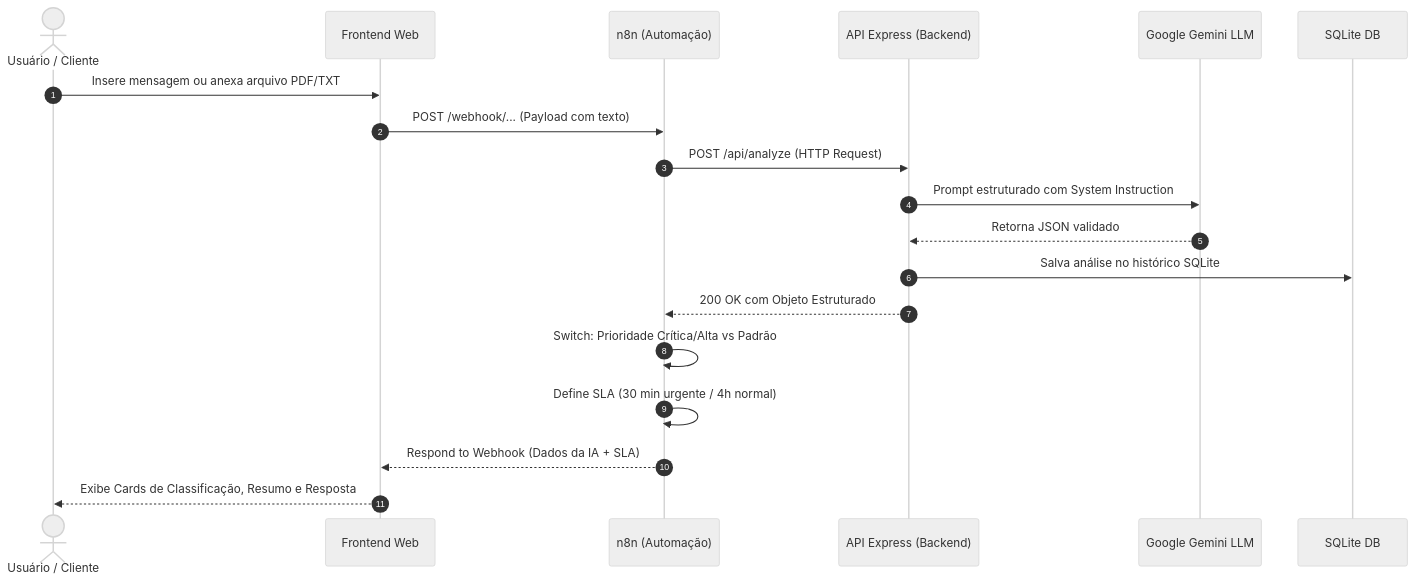
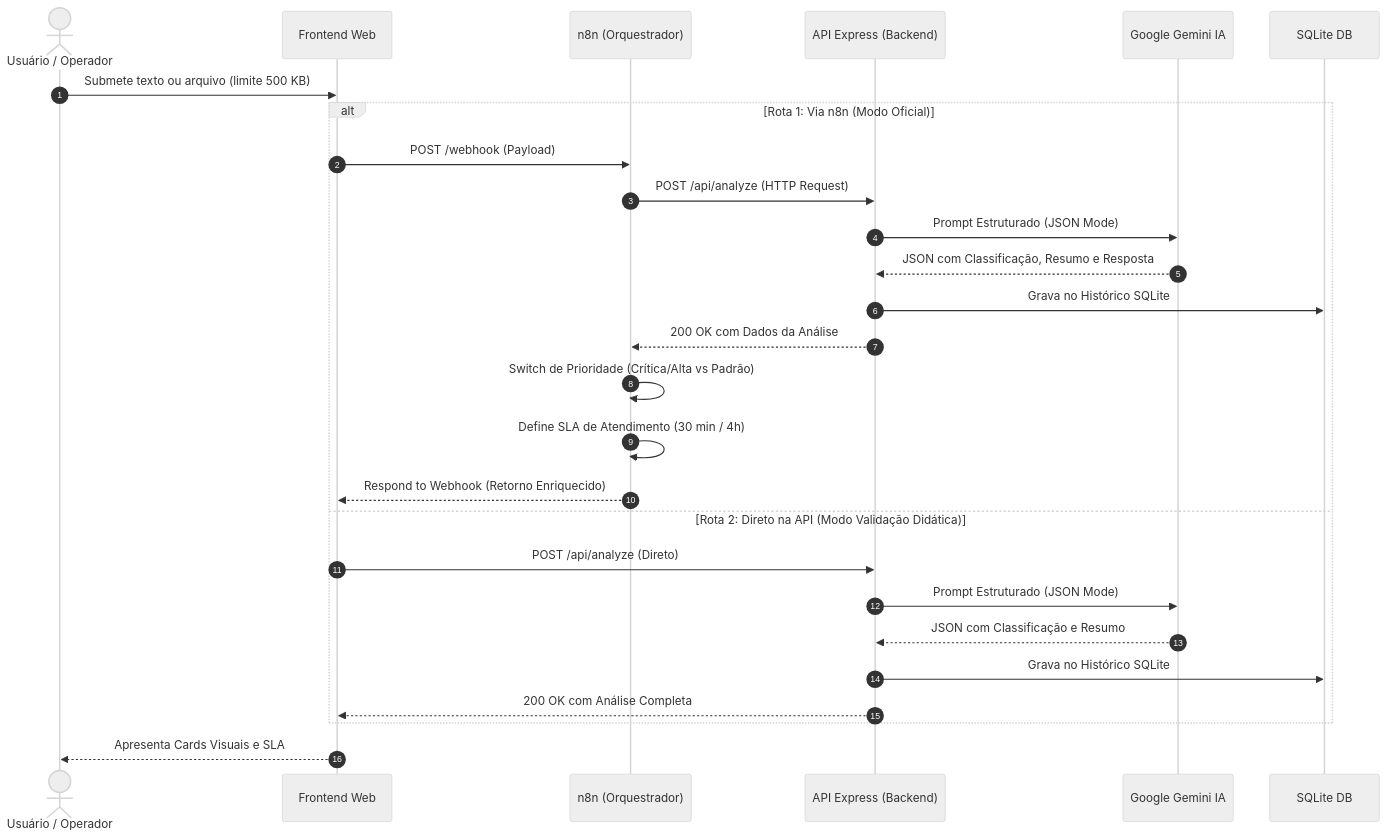
One commit to Davisvasconcellos/kodie-desafio1 changed the diagram in README.md. Above: the diagram before and after it, drawn with Mermaid (neutral theme). The commit also changed other lines of this file and 21 other files, not shown here.

````diff
--- a/README.md
+++ b/README.md
@@ -79,22 +86,30 @@
 ```mermaid
 sequenceDiagram
     autonumber
-    actor Cliente as Usuário / Cliente
+    actor Operador as Usuário / Operador
     participant Front as Frontend Web
-    participant N8N as n8n (Automação)
+    participant N8N as n8n (Orquestrador)
     participant API as API Express (Backend)
-    participant Gemini as Google Gemini LLM
+    participant Gemini as Google Gemini IA
     participant DB as SQLite DB
 
-    Cliente->>Front: Insere mensagem ou anexa arquivo PDF/TXT
-    Front->>N8N: POST /webhook/... (Payload com texto)
-    N8N->>API: POST /api/analyze (HTTP Request)
-    API->>Gemini: Prompt estruturado com System Instruction
-    Gemini-->>API: Retorna JSON validado
-    API->>DB: Salva análise no histórico SQLite
-    API-->>N8N: 200 OK com Objeto Estruturado
-    N8N->>N8N: Switch: Prioridade Crítica/Alta vs Padrão
-    N8N->>N8N: Define SLA (30 min urgente / 4h normal)
-    N8N-->>Front: Respond to Webhook (Dados da IA + SLA)
-    Front-->>Cliente: Exibe Cards de Classificação, Resumo e Resposta
+    Operador->>Front: Submete texto ou arquivo (limite 500 KB)
+    alt Rota 1: Via n8n (Modo Oficial)
+        Front->>N8N: POST /webhook (Payload)
+        N8N->>API: POST /api/analyze (HTTP Request)
+        API->>Gemini: Prompt Estruturado (JSON Mode)
+        Gemini-->>API: JSON com Classificação, Resumo e Resposta
+        API->>DB: Grava no Histórico SQLite
+        API-->>N8N: 200 OK com Dados da Análise
+        N8N->>N8N: Switch de Prioridade (Crítica/Alta vs Padrão)
+        N8N->>N8N: Define SLA de Atendimento (30 min / 4h)
+        N8N-->>Front: Respond to Webhook (Retorno Enriquecido)
+    else Rota 2: Direto na API (Modo Validação Didática)
+        Front->>API: POST /api/analyze (Direto)
+        API->>Gemini: Prompt Estruturado (JSON Mode)
+        Gemini-->>API: JSON com Classificação e Resumo
+        API->>DB: Grava no Histórico SQLite
+        API-->>Front: 200 OK com Análise Completa
+    end
+    Front-->>Operador: Apresenta Cards Visuais e SLA
 ```
````
